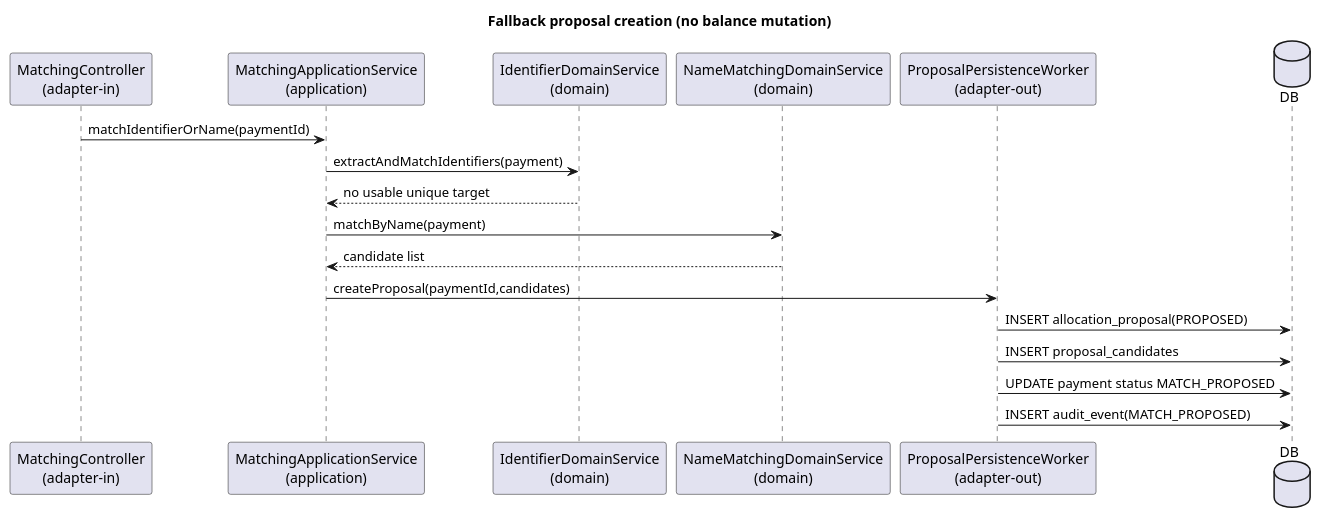
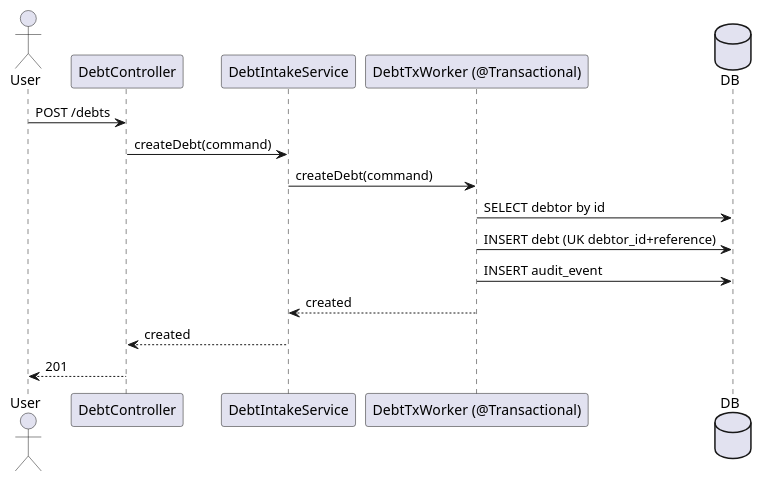
Before and after one commit to jfmauro/allocation: the third of 4 diagrams in .opencode/plans/architecture-plan.md, drawn with PlantUML. The commit also changed other lines of this file and 145 other files, not shown here.

````diff
--- a/.opencode/plans/architecture-plan.md
+++ b/.opencode/plans/architecture-plan.md
@@ -223,22 +192,19 @@
 ```plantuml
 @startuml
-title Fallback proposal creation (no balance mutation)
-participant "MatchingController\n(adapter-in)" as API
-participant "MatchingApplicationService\n(application)" as APP
-participant "IdentifierDomainService\n(domain)" as ID
-participant "NameMatchingDomainService\n(domain)" as NM
-participant "ProposalPersistenceWorker\n(adapter-out)" as W
-database "DB" as DB
+actor User
+participant DebtController
+participant DebtIntakeService
+participant DebtTxWorker as "DebtTxWorker (@Transactional)"
+database DB
 
-API -> APP: matchIdentifierOrName(paymentId)
-APP -> ID: extractAndMatchIdentifiers(payment)
-ID --> APP: no usable unique target
-APP -> NM: matchByName(payment)
-NM --> APP: candidate list
-APP -> W: createProposal(paymentId,candidates)
-W -> DB: INSERT allocation_proposal(PROPOSED)
-W -> DB: INSERT proposal_candidates
-W -> DB: UPDATE payment status MATCH_PROPOSED
-W -> DB: INSERT audit_event(MATCH_PROPOSED)
+User -> DebtController: POST /debts
+DebtController -> DebtIntakeService: createDebt(command)
+DebtIntakeService -> DebtTxWorker: createDebt(command)
+DebtTxWorker -> DB: SELECT debtor by id
+DebtTxWorker -> DB: INSERT debt (UK debtor_id+reference)
+DebtTxWorker -> DB: INSERT audit_event
+DebtTxWorker --> DebtIntakeService: created
+DebtIntakeService --> DebtController: created
+DebtController --> User: 201
 @enduml
 ```
````
